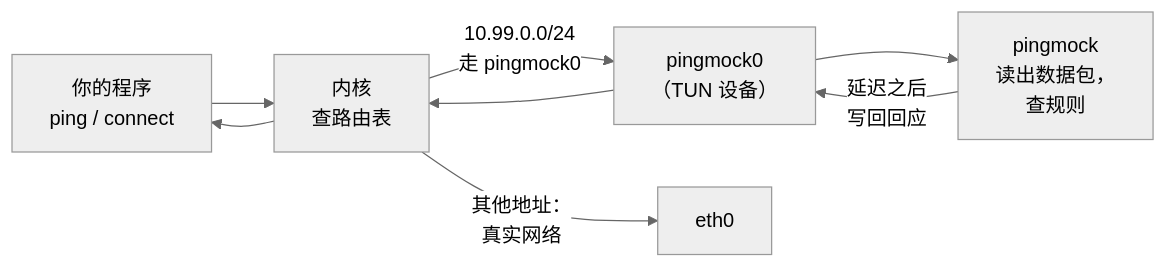
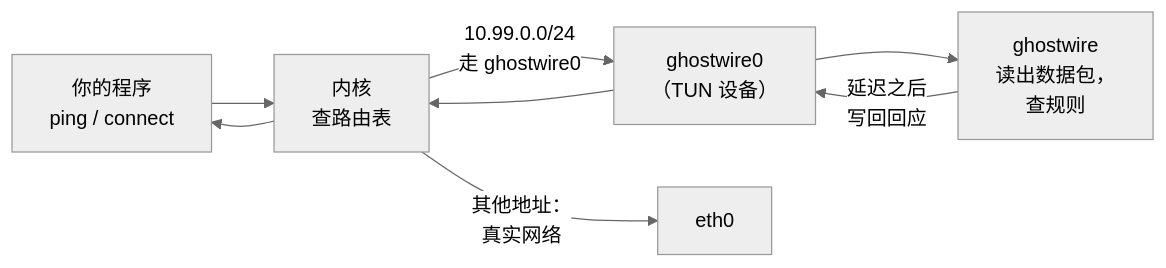
The sixth of 7 diagrams in docs/basics.zh-CN.md (nanmuyao-tools/pingmock), drawn with Mermaid (neutral theme) before and after one commit. The commit also changed other lines of this file and 128 other files, not shown here.

````diff
--- a/docs/basics.zh-CN.md
+++ b/docs/basics.zh-CN.md
@@ -275,10 +275,10 @@
 ```mermaid
 flowchart LR
     A["你的程序<br>ping / connect"] --> K["内核<br>查路由表"]
-    K -->|"10.99.0.0/24<br>走 pingmock0"| T["pingmock0<br>（TUN 设备）"]
-    T --> P["pingmock<br>读出数据包，<br>查规则"]
+    K -->|"10.99.0.0/24<br>走 ghostwire0"| T["ghostwire0<br>（TUN 设备）"]
+    T --> P["ghostwire<br>读出数据包，<br>查规则"]
     P -->|"延迟之后<br>写回回应"| T
     T --> K
     K --> A
     K -->|"其他地址：<br>真实网络"| N["eth0"]
 ```
````
